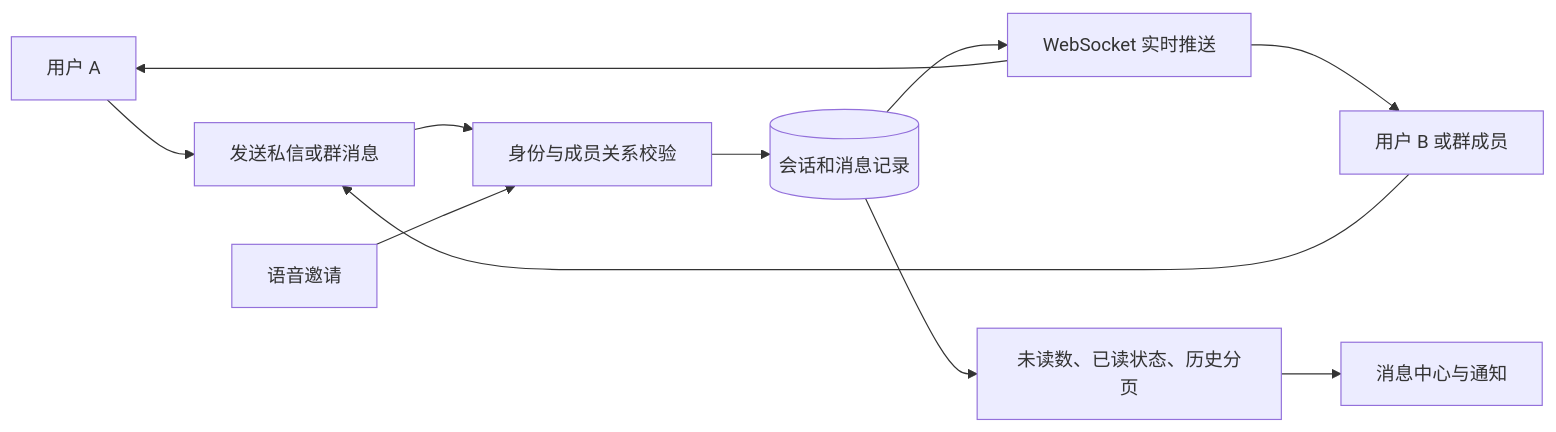
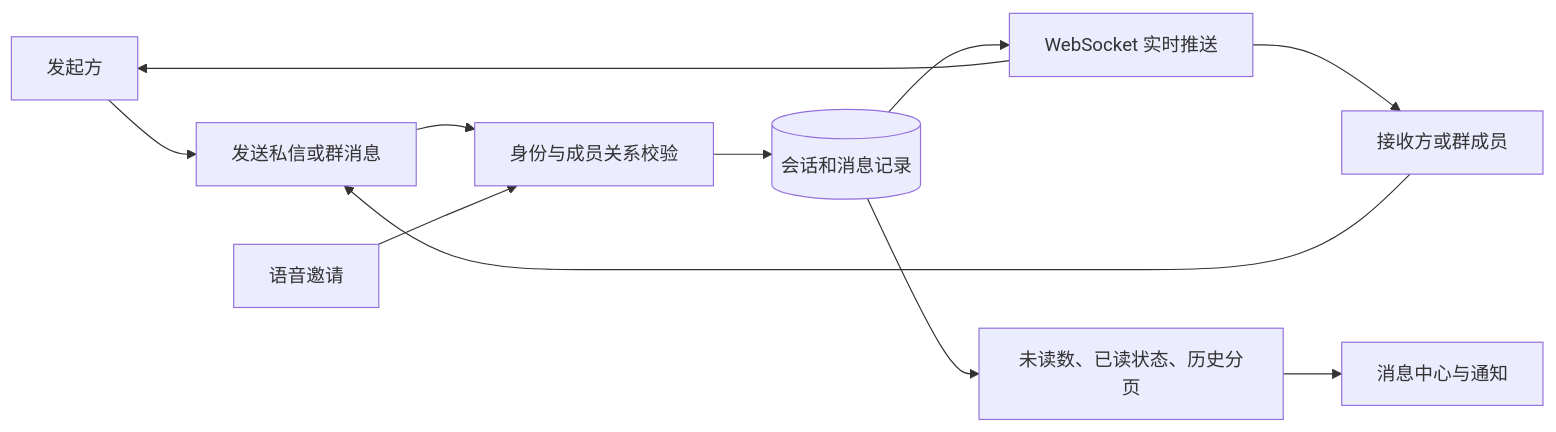
Before and after one commit to pluchon/mengmeng_forum: the sixth of 19 diagrams in README.md, drawn with Mermaid. The commit also changed other lines of this file, not shown here.

````diff
--- a/README.md
+++ b/README.md
@@ -135,13 +158,13 @@
 ```mermaid
 flowchart LR
-  U1["用户 A"] --> SEND["发送私信或群消息"]
-  U2["用户 B 或群成员"] --> SEND
+  U1["发起方"] --> SEND["发送私信或群消息"]
+  U2["接收方或群成员"] --> SEND
   SEND --> AUTH["身份与成员关系校验"]
   AUTH --> DB[("会话和消息记录")]
   DB --> WS["WebSocket 实时推送"]
   WS --> U1
   WS --> U2
   DB --> READ["未读数、已读状态、历史分页"]
   READ --> N["消息中心与通知"]
   VC["语音邀请"] --> AUTH
 ```
````
